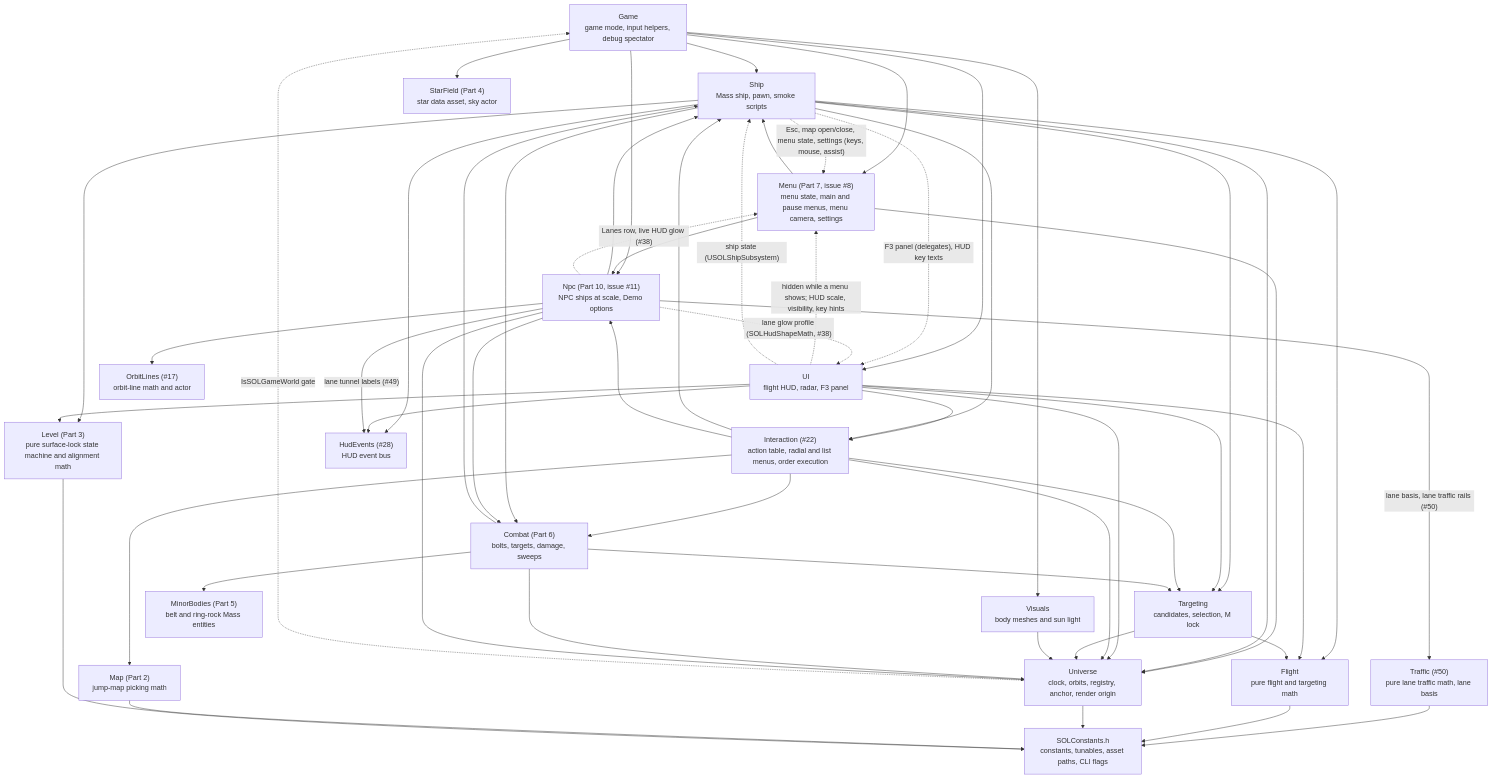
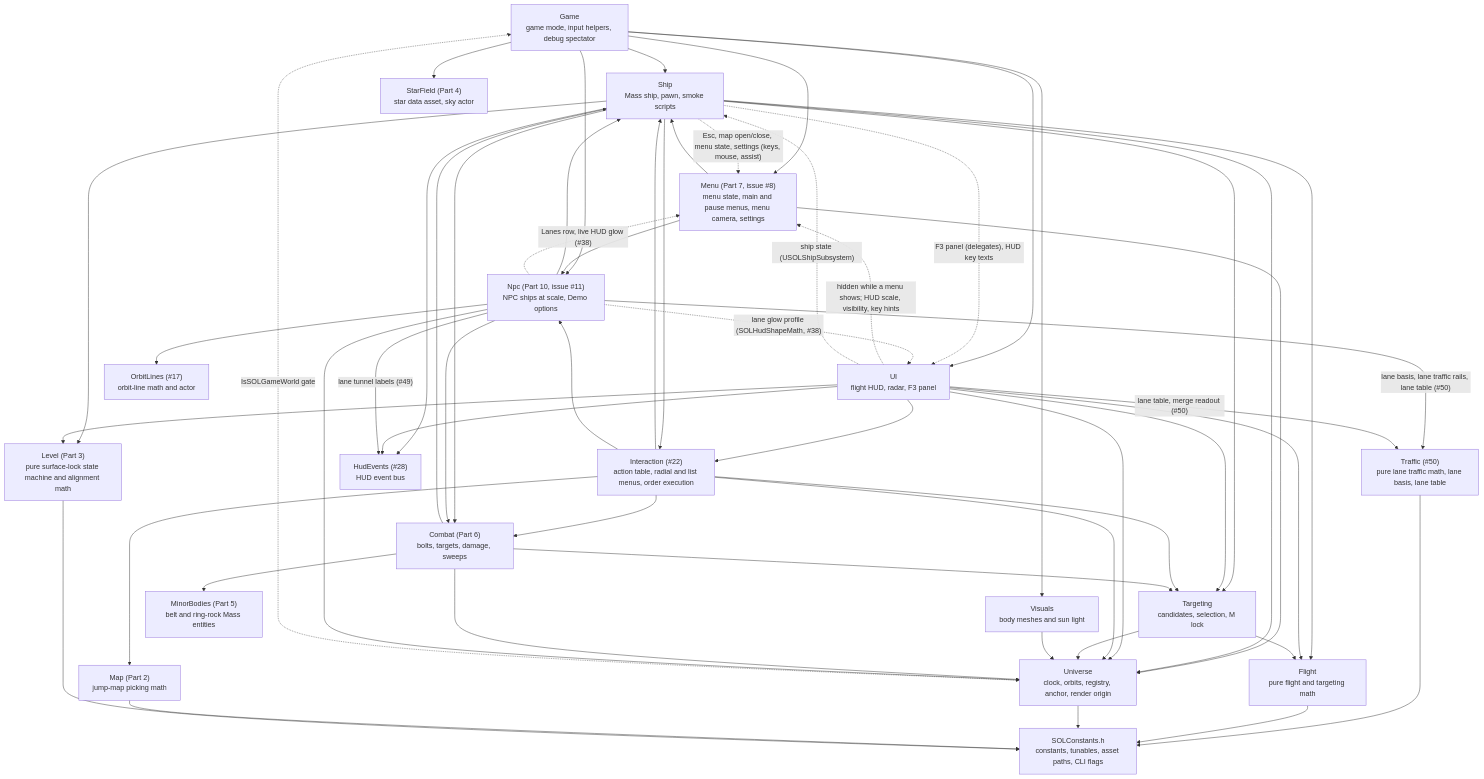
One commit to DieSlower/SOLTest changed the first of 4 diagrams in Docs/ARCHITECTURE.md. Above: the diagram before and after it, drawn with Mermaid. The commit also changed other lines of this file and 52 other files, not shown here.

Commit message:
Issue #50: Part 50c - lane table, traffic merge readout in the tunnel label, safe test runner

````diff
--- a/Docs/ARCHITECTURE.md
+++ b/Docs/ARCHITECTURE.md
@@ -27,74 +27,75 @@
 ```mermaid
 flowchart TD
     Game["Game<br/>game mode, input helpers, debug spectator"]
     Menu["Menu (Part 7, issue #8)<br/>menu state, main and pause menus, menu camera, settings"]
     Ship["Ship<br/>Mass ship, pawn, smoke scripts"]
     UI["UI<br/>flight HUD, radar, F3 panel"]
     Targeting["Targeting<br/>candidates, selection, M lock"]
     Interaction["Interaction (#22)<br/>action table, radial and list menus, order execution"]
     Visuals["Visuals<br/>body meshes and sun light"]
     StarField["StarField (Part 4)<br/>star data asset, sky actor"]
     Map["Map (Part 2)<br/>jump-map picking math"]
     Combat["Combat (Part 6)<br/>bolts, targets, damage, sweeps"]
     MinorBodies["MinorBodies (Part 5)<br/>belt and ring-rock Mass entities"]
     Npc["Npc (Part 10, issue #11)<br/>NPC ships at scale, Demo options"]
-    Traffic["Traffic (#50)<br/>pure lane traffic math, lane basis"]
+    Traffic["Traffic (#50)<br/>pure lane traffic math, lane basis, lane table"]
     Level["Level (Part 3)<br/>pure surface-lock state machine and alignment math"]
     Flight["Flight<br/>pure flight and targeting math"]
     Universe["Universe<br/>clock, orbits, registry, anchor, render origin"]
     Const["SOLConstants.h<br/>constants, tunables, asset paths, CLI flags"]
 
     Game --> Ship
     Game --> Menu
     Menu --> Ship
     Menu --> Universe
     Ship -. "Esc, map open/close, menu state, settings (keys, mouse, assist)" .-> Menu
     UI -. "hidden while a menu shows; HUD scale, visibility, key hints" .-> Menu
     Game --> UI
     Game --> Visuals
     Game --> StarField
     Ship --> Targeting
     Ship --> Flight
     Ship --> Level
     UI --> Level
     Ship --> Universe
     Ship -. "F3 panel (delegates), HUD key texts" .-> UI
     UI -. "ship state (USOLShipSubsystem)" .-> Ship
     Ship --> HudEvents["HudEvents (#28)<br/>HUD event bus"]
     UI --> HudEvents
     UI --> Targeting
     UI --> Universe
     UI --> Flight
     UI --> Interaction
     Ship --> Interaction
     Interaction --> Targeting
     Interaction --> Ship
     Interaction --> Map
     Interaction --> Combat
     Interaction --> Npc
     Interaction --> Universe
     Targeting --> Flight
     Targeting --> Universe
     Visuals --> Universe
     Ship --> Combat
     Combat --> Ship
     Combat --> Targeting
     Combat --> MinorBodies
     Combat --> Universe
     Game --> Npc
     Menu --> Npc
     Npc --> Universe
     Npc --> Ship
     Npc --> Combat
     Npc -- "lane tunnel labels (#49)" --> HudEvents
     Npc -. "lane glow profile (SOLHudShapeMath, #38)" .-> UI
     Npc -. "Lanes row, live HUD glow (#38)" .-> Menu
     Npc --> OrbitLines["OrbitLines (#17)<br/>orbit-line math and actor"]
-    Npc -- "lane basis, lane traffic rails (#50)" --> Traffic
+    Npc -- "lane basis, lane traffic rails, lane table (#50)" --> Traffic
+    UI -- "lane table, merge readout (#50)" --> Traffic
     Traffic --> Const
     Universe -. "IsSOLGameWorld gate" .-> Game
     Flight --> Const
     Universe --> Const
     Map --> Const
     Level --> Const
 ```
````
